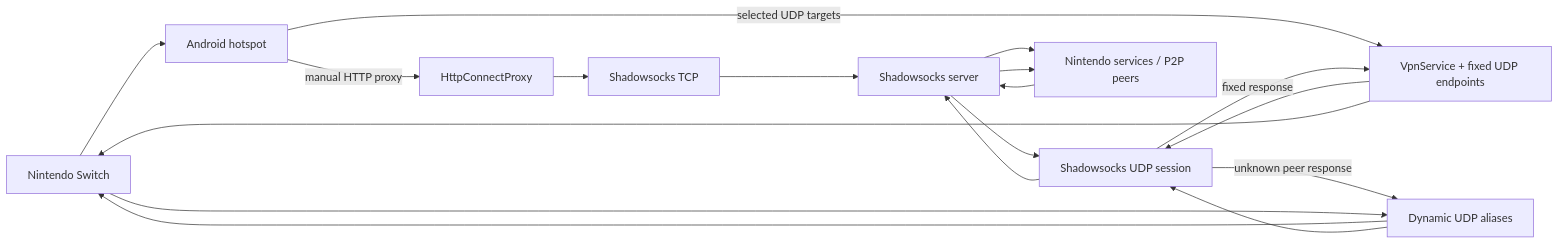
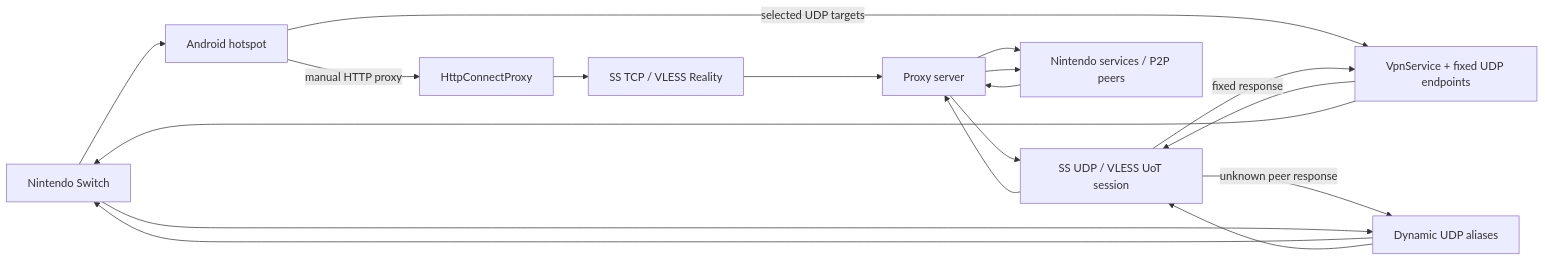
One commit to watyfges/SwitchNAT changed the diagram in docs/TECHNICAL_DESIGN.md. Above: the diagram before and after it, drawn with Mermaid. The commit also changed other lines of this file and 33 other files, not shown here.

Commit message:
Add automated releases, Chinese UI, and VLESS Reality

```diff
--- a/docs/TECHNICAL_DESIGN.md
+++ b/docs/TECHNICAL_DESIGN.md
@@ -29,23 +29,23 @@
 ~~~mermaid
 flowchart LR
     NS["Nintendo Switch"]
     HOTSPOT["Android hotspot"]
     HTTP["HttpConnectProxy"]
     VPN["VpnService + fixed UDP endpoints"]
     ALIAS["Dynamic UDP aliases"]
-    SSTCP["Shadowsocks TCP"]
-    SSUDP["Shadowsocks UDP session"]
-    SERVER["Shadowsocks server"]
+    SSTCP["SS TCP / VLESS Reality"]
+    SSUDP["SS UDP / VLESS UoT session"]
+    SERVER["Proxy server"]
     DEST["Nintendo services / P2P peers"]
 
     NS --> HOTSPOT
     HOTSPOT -->|"manual HTTP proxy"| HTTP
     HTTP --> SSTCP --> SERVER --> DEST
     HOTSPOT -->|"selected UDP targets"| VPN
     VPN --> SSUDP --> SERVER
     SERVER --> DEST
     DEST --> SERVER --> SSUDP
     SSUDP -->|"fixed response"| VPN --> NS
     SSUDP -->|"unknown peer response"| ALIAS --> NS
     NS --> ALIAS --> SSUDP
 ~~~
```
